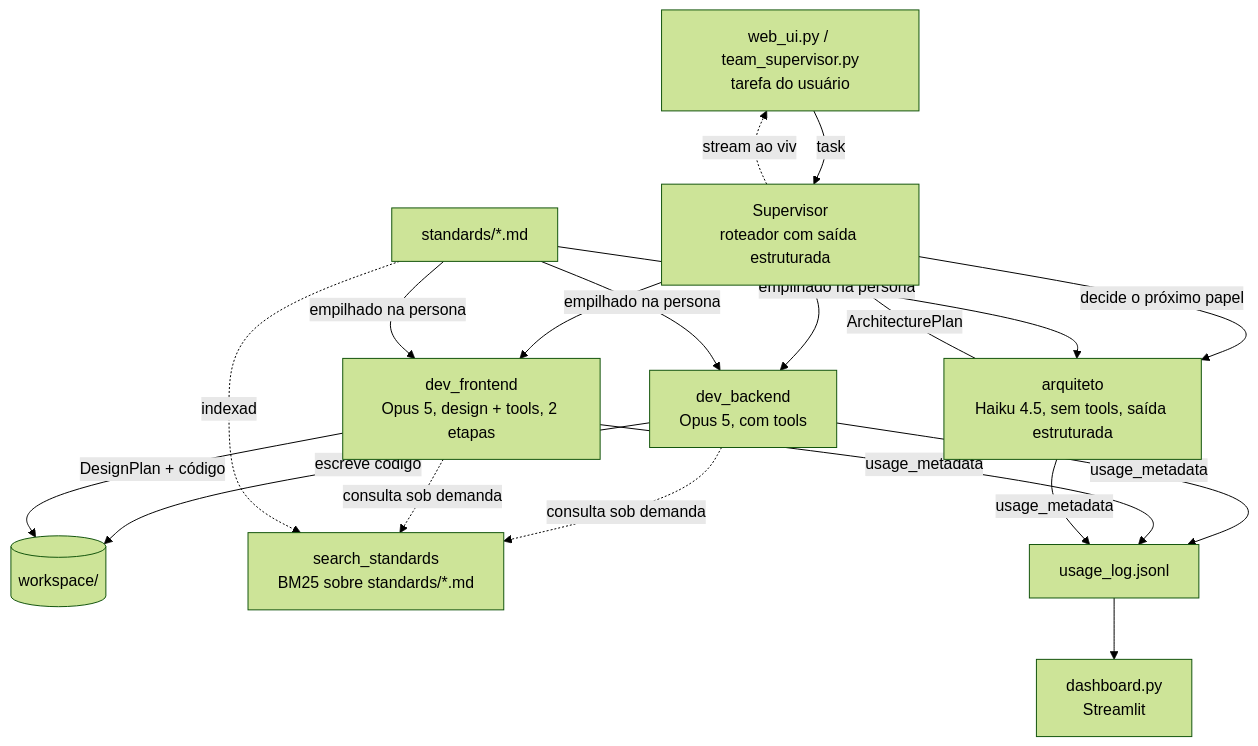
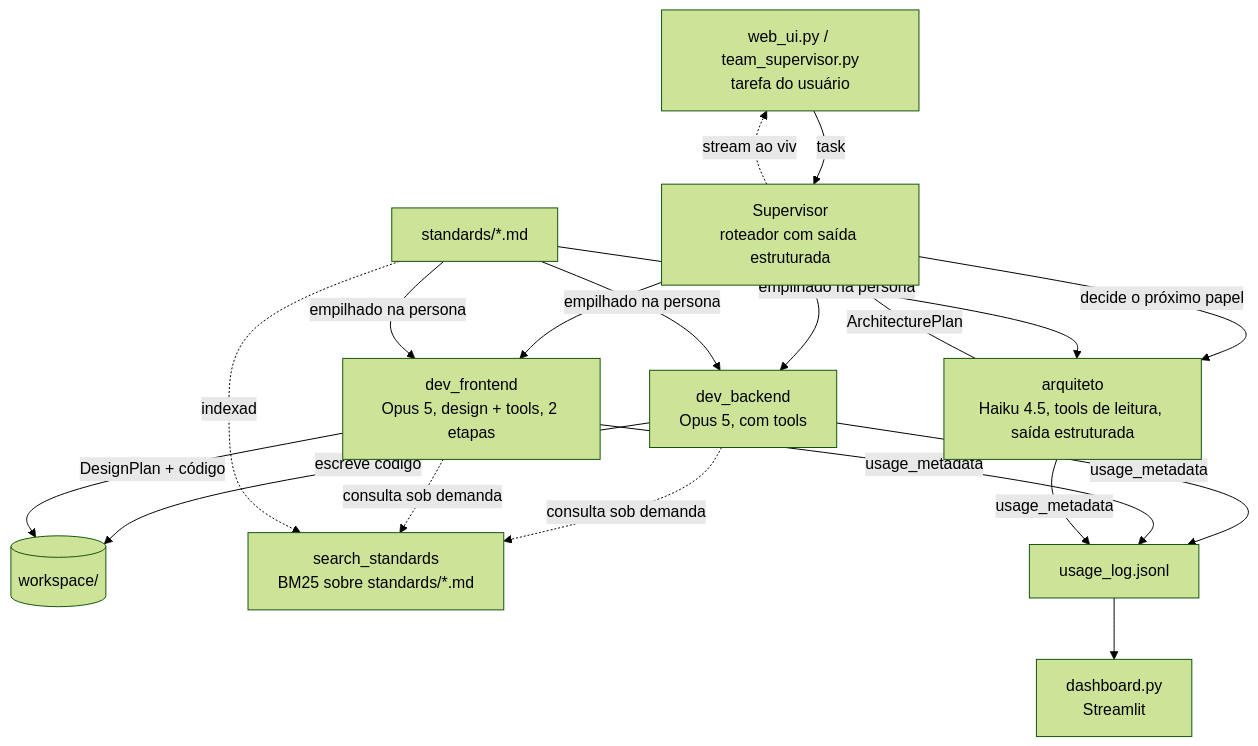
Before and after one commit to VictorOliveiraPy/dev-agent: the diagram in ARCHITECTURE.md, drawn with Mermaid (forest theme). The commit also changed other lines of this file and 5 other files, not shown here.

````diff
--- a/ARCHITECTURE.md
+++ b/ARCHITECTURE.md
@@ -26,25 +26,25 @@
 ```mermaid
 graph TD
     UI[web_ui.py / team_supervisor.py<br/>tarefa do usuário] -->|task| S
     S[Supervisor<br/>roteador com saída estruturada] -.stream ao vivo.-> UI
-    S -->|decide o próximo papel| A[arquiteto<br/>Haiku 4.5, sem tools, saída estruturada]
+    S -->|decide o próximo papel| A[arquiteto<br/>Haiku 4.5, tools de leitura, saída estruturada]
     S --> B[dev_backend<br/>Opus 5, com tools]
     S --> F[dev_frontend<br/>Opus 5, design + tools, 2 etapas]
 
     A -->|ArchitecturePlan| S
     B -->|escreve código| WS[(workspace/)]
     F -->|DesignPlan + código| WS
 
     B -.consulta sob demanda.-> KB[search_standards<br/>BM25 sobre standards/*.md]
     F -.consulta sob demanda.-> KB
 
     STD[standards/*.md] -->|empilhado na persona| A
     STD -->|empilhado na persona| B
     STD -->|empilhado na persona| F
     STD -.indexado.-> KB
 
     B -->|usage_metadata| U[usage_log.jsonl]
     F -->|usage_metadata| U
     A -->|usage_metadata| U
     U --> D[dashboard.py<br/>Streamlit]
 ```
````
